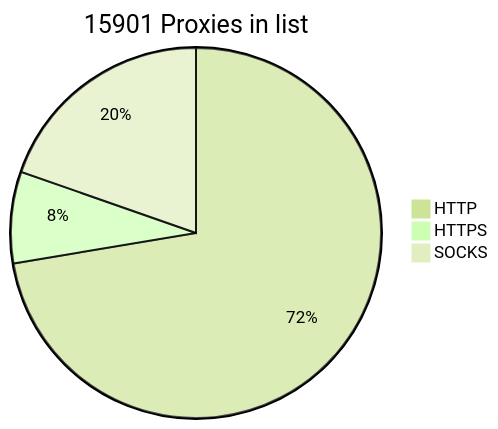
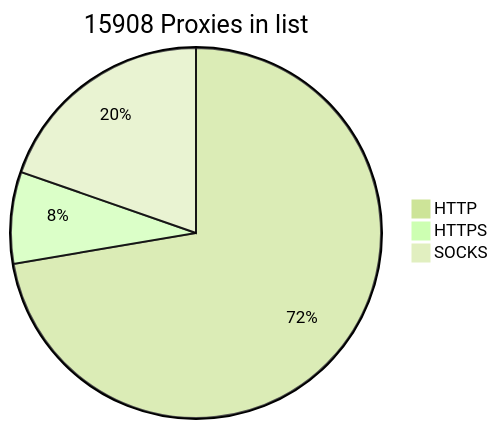
The diagram in README.md (BlackSnowDot/proxylist-update-every-minute), drawn with Mermaid (forest theme) before and after one commit.

````diff
--- a/README.md
+++ b/README.md
@@ -2,6 +2,6 @@
 ```mermaid
-pie title 15901 Proxies in list
-    "HTTP" : 11709
-    "HTTPS": 1293
-    "SOCKS" : 3179
+pie title 15908 Proxies in list
+    "HTTP" : 11711
+    "HTTPS": 1297
+    "SOCKS" : 3184
 ```
````
